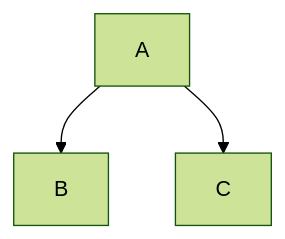
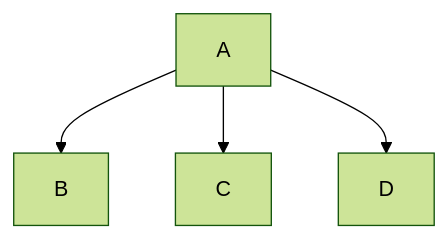
The diagram in test1.md (chanduujjina/JSE_Practice_2025_B1), drawn with Mermaid (forest theme) before and after one commit.

````diff
--- a/test1.md
+++ b/test1.md
@@ -1,5 +1,6 @@
 ```mermaid
 graph TD;
     A-->B;
-    A-->C
+    A-->C;
+    A-->D
 ```
````
